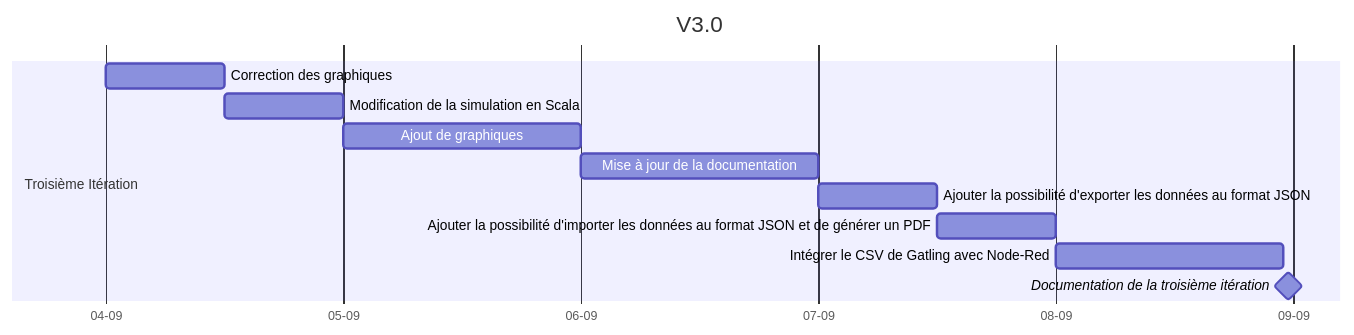
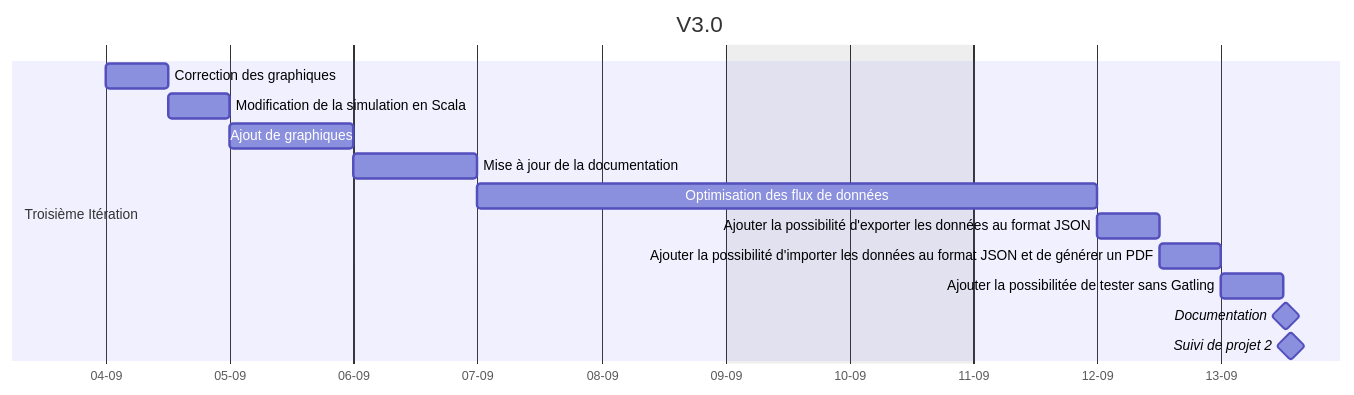
Before and after one commit to TobbyCy/CuriousTRex: the fourth of 5 diagrams in docs/rapport.md, drawn with Mermaid. The commit also changed other lines of this file and 12 other files, not shown here.

````diff
--- a/docs/rapport.md
+++ b/docs/rapport.md
@@ -455,18 +474,20 @@
 ```mermaid
 gantt
     dateFormat  YYYY-MM-DD
     title       V3.0
     excludes    weekends
     axisFormat %d-%m
     tickInterval 1day
     section Troisième Itération
 
     Correction des graphiques : V3-d1, 2023-09-04, 12h
     Modification de la simulation en Scala : V3-d2, after V3-d1, 12h
     Ajout de graphiques : V3-d3, after V3-d2, 1d
     Mise à jour de la documentation : V3-d4, after V3-d3, 1d
-    Ajouter la possibilité d'exporter les données au format JSON : V3-d5, after V3-d4, 12h
-    Ajouter la possibilité d'importer les données au format JSON et de générer un PDF : V3-d6, after V3-d5, 12h
-    Intégrer le CSV de Gatling avec Node-Red : V3-d7, after V3-d6, 23h
-    Documentation de la troisième itération : milestone, V3-d8, after V3-d7, 1h    
+    Optimisation des flux de données : V3-d5, after V3-d4, 3d
+    Ajouter la possibilité d'exporter les données au format JSON : V3-d6, after V3-d5, 12h
+    Ajouter la possibilité d'importer les données au format JSON et de générer un PDF : V3-d7, after V3-d6, 12h
+    Ajouter la possibilitée de tester sans Gatling: V3-d8, after V3-d7, 12h
+    Documentation : milestone, V3-d9, after V3-d8, 1h  
+    Suivi de projet 2 : milestone, V3-d10, after V3-d9, 1h  
 ```
````
